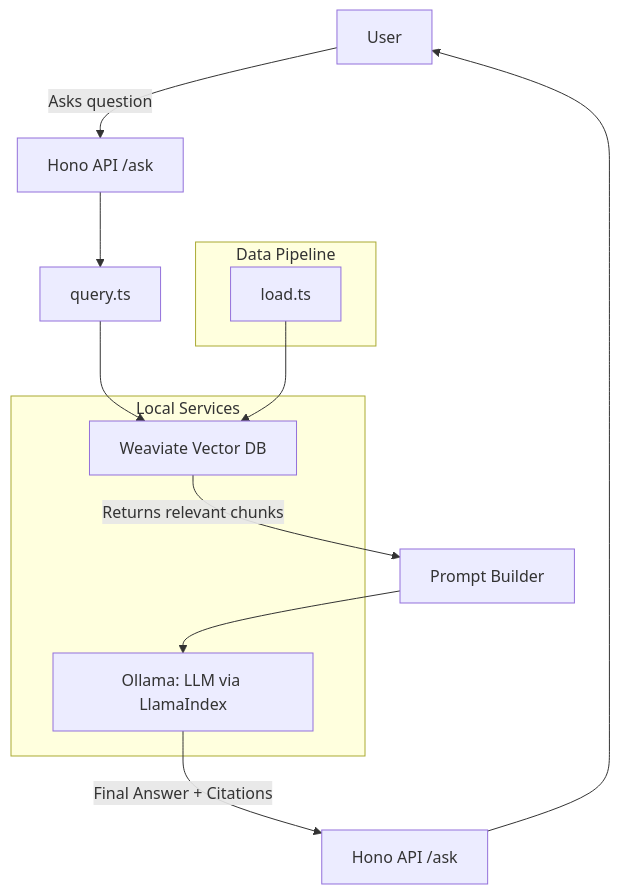
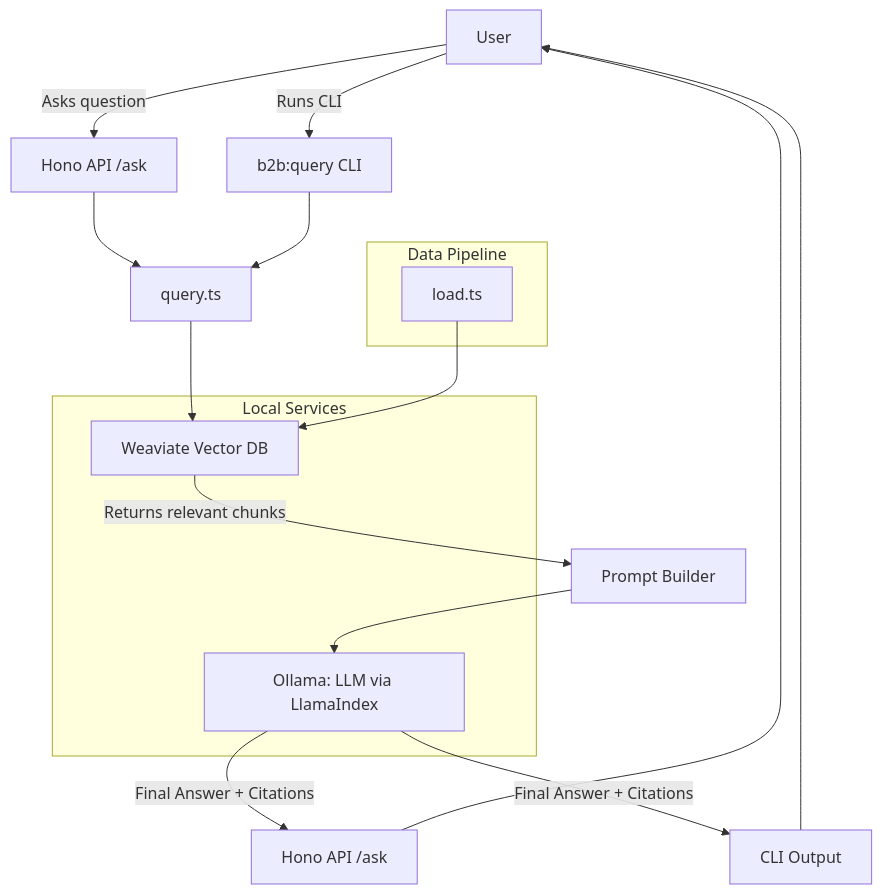
The diagram in PROJECT_DOCS.md (nivincp/docket), drawn with Mermaid before and after one commit.

Commit message:
docs: update flow diagram to include CLI interaction for b2b:query

````diff
--- a/PROJECT_DOCS.md
+++ b/PROJECT_DOCS.md
@@ -18,20 +18,26 @@
 ```mermaid
 graph TD
   A[User] -->|Asks question| B[Hono API /ask]
+  A -->|Runs CLI| B2[b2b:query CLI]
+
   B --> C[query.ts]
+  B2 --> C
+
   C --> D[Weaviate Vector DB]
   D -->|Returns relevant chunks| E[Prompt Builder]
   E --> F[Ollama: LLM via LlamaIndex]
   F -->|Final Answer + Citations| G[Hono API /ask]
+  F -->|Final Answer + Citations| G2[CLI Output]
   G --> A
+  G2 --> A
 
   subgraph Local Services
     D
     F
   end
 
   subgraph Data Pipeline
     H[load.ts]
     H --> D
   end
 ```
````
